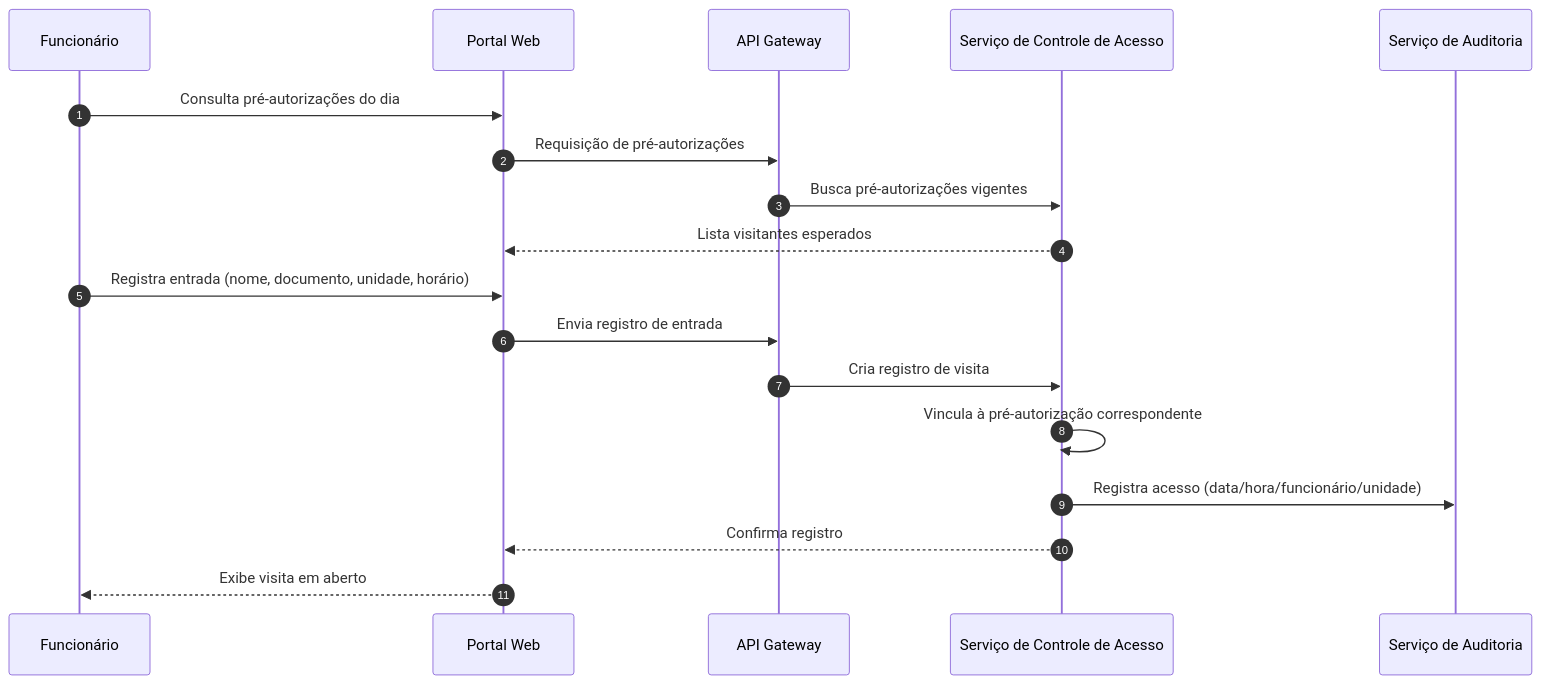
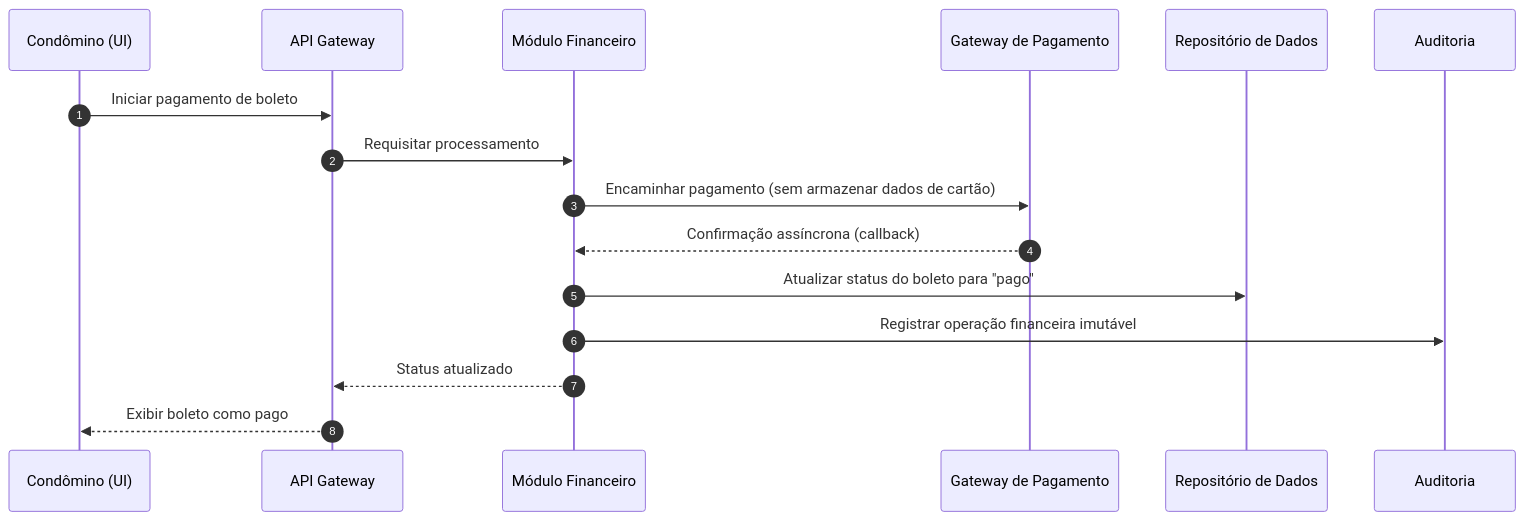
Before and after one commit to PDC-ESIA/AI4ES: the fourth of 4 diagrams in docs/Time_2_Design/analise-qualitativa/outputs/relatorio_claude_opus_4_8_M04.md, drawn with Mermaid. The commit also changed other lines of this file and 107 other files, not shown here.

````diff
--- a/docs/Time_2_Design/analise-qualitativa/outputs/relatorio_claude_opus_4_8_M04.md
+++ b/docs/Time_2_Design/analise-qualitativa/outputs/relatorio_claude_opus_4_8_M04.md
@@ -164,21 +178,19 @@
 ```mermaid
 sequenceDiagram
     autonumber
-    participant F as Funcionário
-    participant P as Portal Web
-    participant G as API Gateway
-    participant AC as Serviço de Controle de Acesso
-    participant AU as Serviço de Auditoria
+    participant C as Condômino (UI)
+    participant GW as API Gateway
+    participant FIN as Módulo Financeiro
+    participant PAY as Gateway de Pagamento
+    participant DB as Repositório de Dados
+    participant AUD as Auditoria
 
-    F->>P: Consulta pré-autorizações do dia
-    P->>G: Requisição de pré-autorizações
-    G->>AC: Busca pré-autorizações vigentes
-    AC-->>P: Lista visitantes esperados
-    F->>P: Registra entrada (nome, documento, unidade, horário)
-    P->>G: Envia registro de entrada
-    G->>AC: Cria registro de visita
-    AC->>AC: Vincula à pré-autorização correspondente
-    AC->>AU: Registra acesso (data/hora/funcionário/unidade)
-    AC-->>P: Confirma registro
-    P-->>F: Exibe visita em aberto
+    C->>GW: Iniciar pagamento de boleto
+    GW->>FIN: Requisitar processamento
+    FIN->>PAY: Encaminhar pagamento (sem armazenar dados de cartão)
+    PAY-->>FIN: Confirmação assíncrona (callback)
+    FIN->>DB: Atualizar status do boleto para "pago"
+    FIN->>AUD: Registrar operação financeira imutável
+    FIN-->>GW: Status atualizado
+    GW-->>C: Exibir boleto como pago
 ```
````
